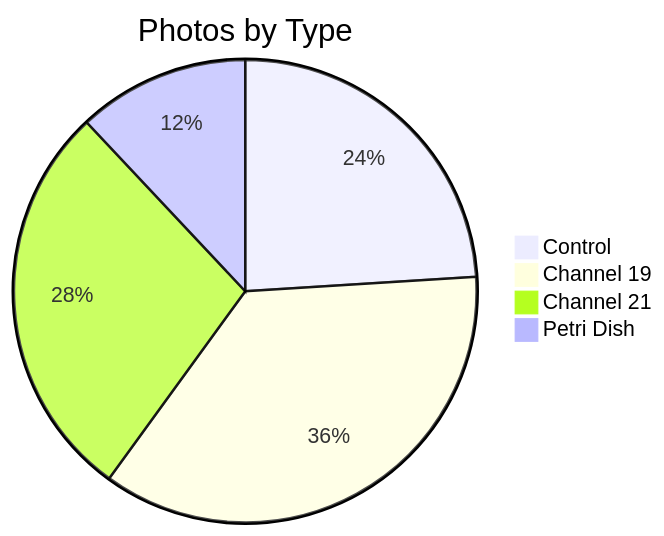
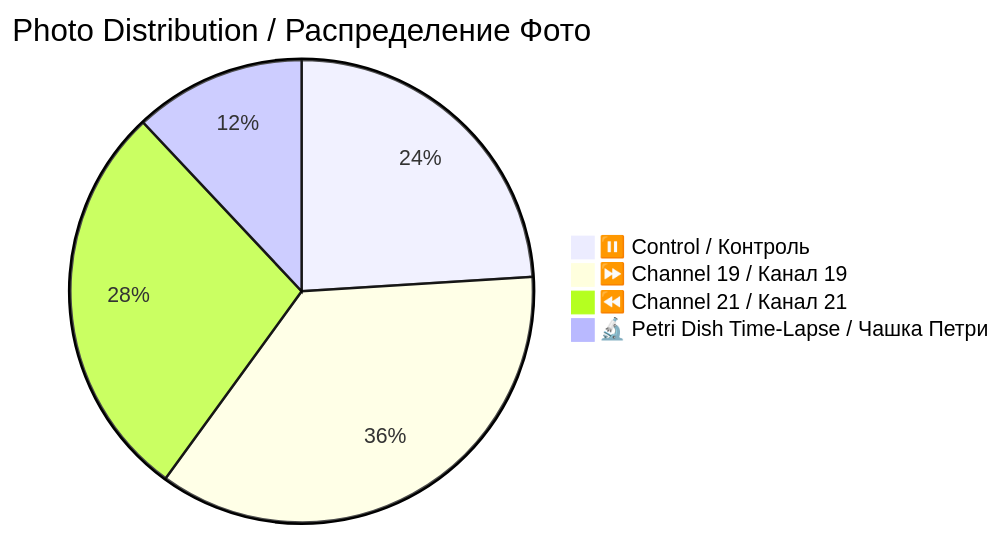
One commit to AdvancedScientificResearchProjects/Hyperbolic_Field_BloodPlasma_Study changed the first of 2 diagrams in original_research/data/patient-02/photos/README.md. Above: the diagram before and after it, drawn with Mermaid. The commit also changed other lines of this file and 6 other files, not shown here.

````diff
--- a/original_research/data/patient-02/photos/README.md
+++ b/original_research/data/patient-02/photos/README.md
@@ -15,7 +15,7 @@
 ```mermaid
-pie title Photos by Type
-    "Control" : 6
-    "Channel 19" : 9
-    "Channel 21" : 7
-    "Petri Dish" : 3
+pie title Photo Distribution / Распределение Фото
+    "⏸️ Control / Контроль" : 6
+    "⏩ Channel 19 / Канал 19" : 9
+    "⏪ Channel 21 / Канал 21" : 7
+    "🔬 Petri Dish Time-Lapse / Чашка Петри" : 3
 ```
````
